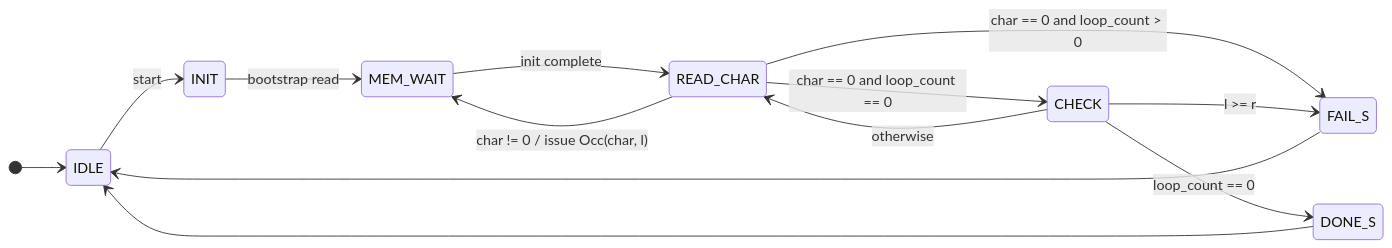
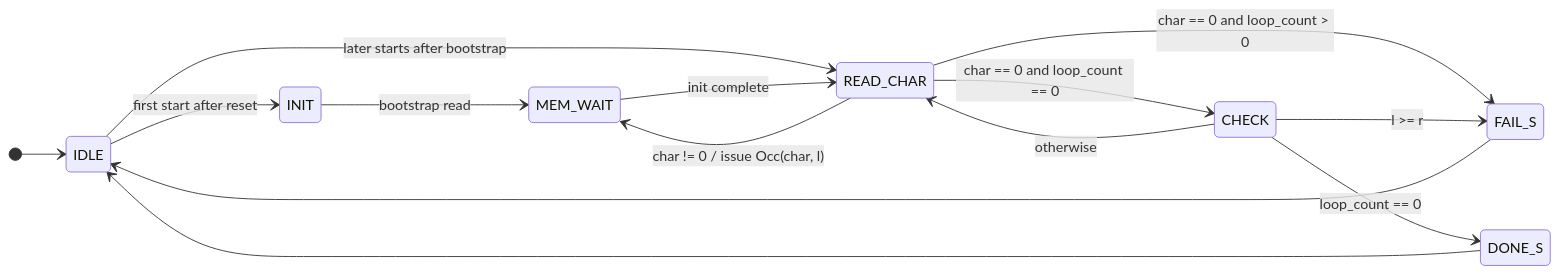
One commit to UAlberta-ECE-492-W2026/sands changed the first of 2 diagrams in docs/FM_Index.md. Above: the diagram before and after it, drawn with Mermaid. The commit also changed other lines of this file and 4 other files, not shown here.

````diff
--- a/docs/FM_Index.md
+++ b/docs/FM_Index.md
@@ -44,20 +44,21 @@
 ```mermaid
 stateDiagram-v2
     direction LR
 
     [*] --> IDLE
 
-    IDLE --> INIT: start
+    IDLE --> INIT: first start after reset
+    IDLE --> READ_CHAR: later starts after bootstrap
     INIT --> MEM_WAIT: bootstrap read
     MEM_WAIT --> READ_CHAR: init complete
     READ_CHAR --> CHECK: char == 0 and loop_count == 0
     READ_CHAR --> FAIL_S: char == 0 and loop_count > 0
     READ_CHAR --> MEM_WAIT: char != 0 / issue Occ(char, l)
 
     CHECK --> FAIL_S: l >= r
     CHECK --> DONE_S: loop_count == 0
     CHECK --> READ_CHAR: otherwise
 
     DONE_S --> IDLE
     FAIL_S --> IDLE
 ```
````
